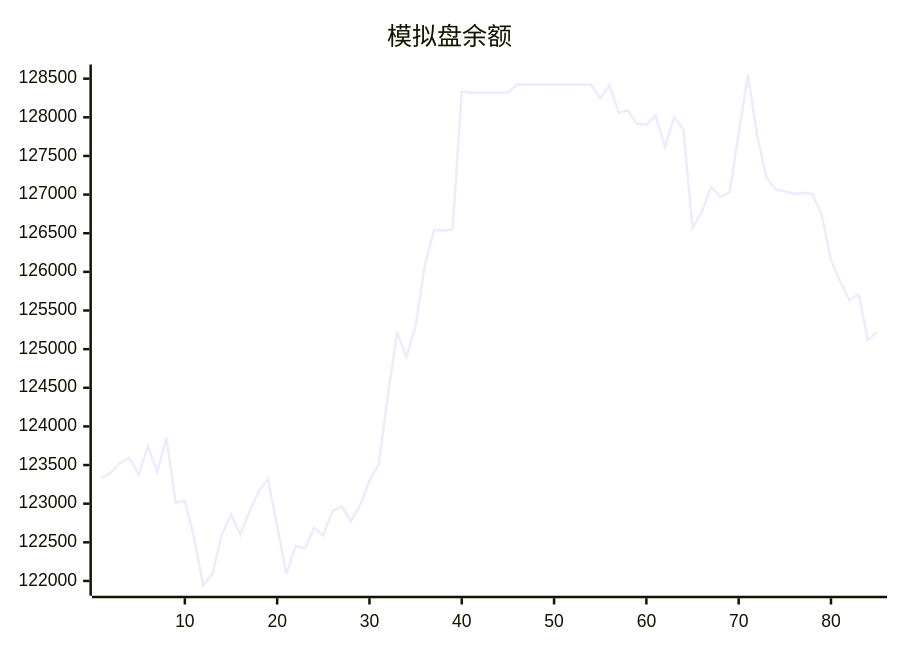
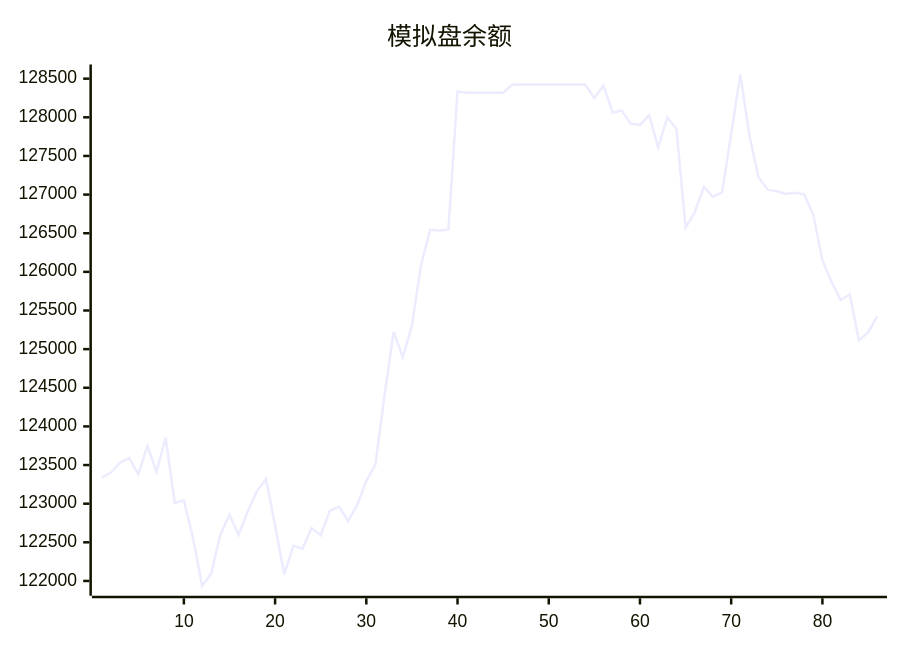
Before and after one commit to aahl/ai-trading: the diagram in README.md, drawn with Mermaid. The commit also changed other lines of this file and 1 other file, not shown here.

````diff
--- a/README.md
+++ b/README.md
@@ -5,5 +5,5 @@
 ```mermaid
 xychart
     title "模拟盘余额"
-    line [123338,123402,123530,123592,123378,123745,123413,123853,123009,123040,122557,121938,122095,122599,122856,122597,122898,123160,123319,122719,122087,122454,122416,122685,122592,122907,122961,122776,122981,123295,123507,124403,125224,124894,125303,126088,126544,126534,126549,128335,128318,128318,128318,128318,128318,128424,128424,128424,128424,128424,128424,128424,128424,128424,128247,128412,128062,128087,127917,127901,128026,127611,128000,127850,126572,126770,127100,126971,127029,127783,128554,127765,127224,127064,127044,127009,127025,127004,126738,126152,125871,125635,125707,125117,125217]
+    line [123338,123402,123530,123592,123378,123745,123413,123853,123009,123040,122557,121938,122095,122599,122856,122597,122898,123160,123319,122719,122087,122454,122416,122685,122592,122907,122961,122776,122981,123295,123507,124403,125224,124894,125303,126088,126544,126534,126549,128335,128318,128318,128318,128318,128318,128424,128424,128424,128424,128424,128424,128424,128424,128424,128247,128412,128062,128087,127917,127901,128026,127611,128000,127850,126572,126770,127100,126971,127029,127783,128554,127765,127224,127064,127044,127009,127025,127004,126738,126152,125871,125635,125707,125117,125217,125420]
 ```
````
